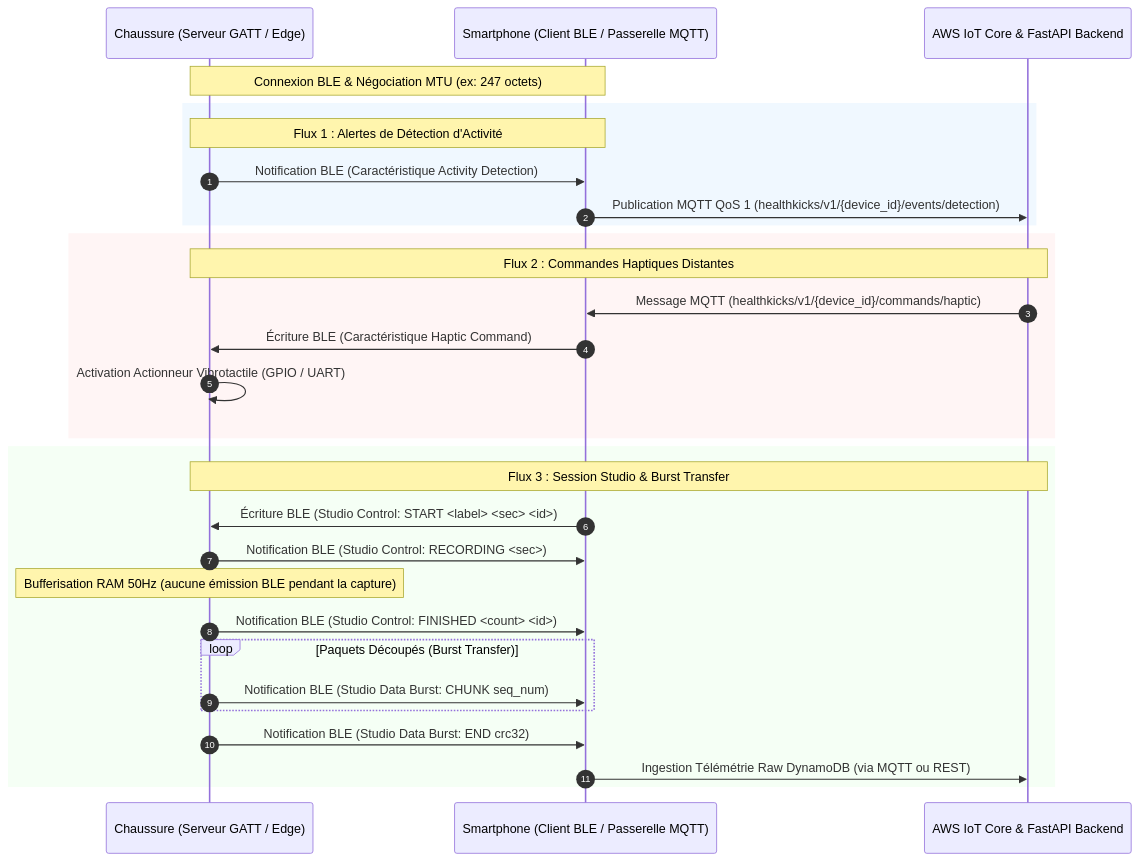
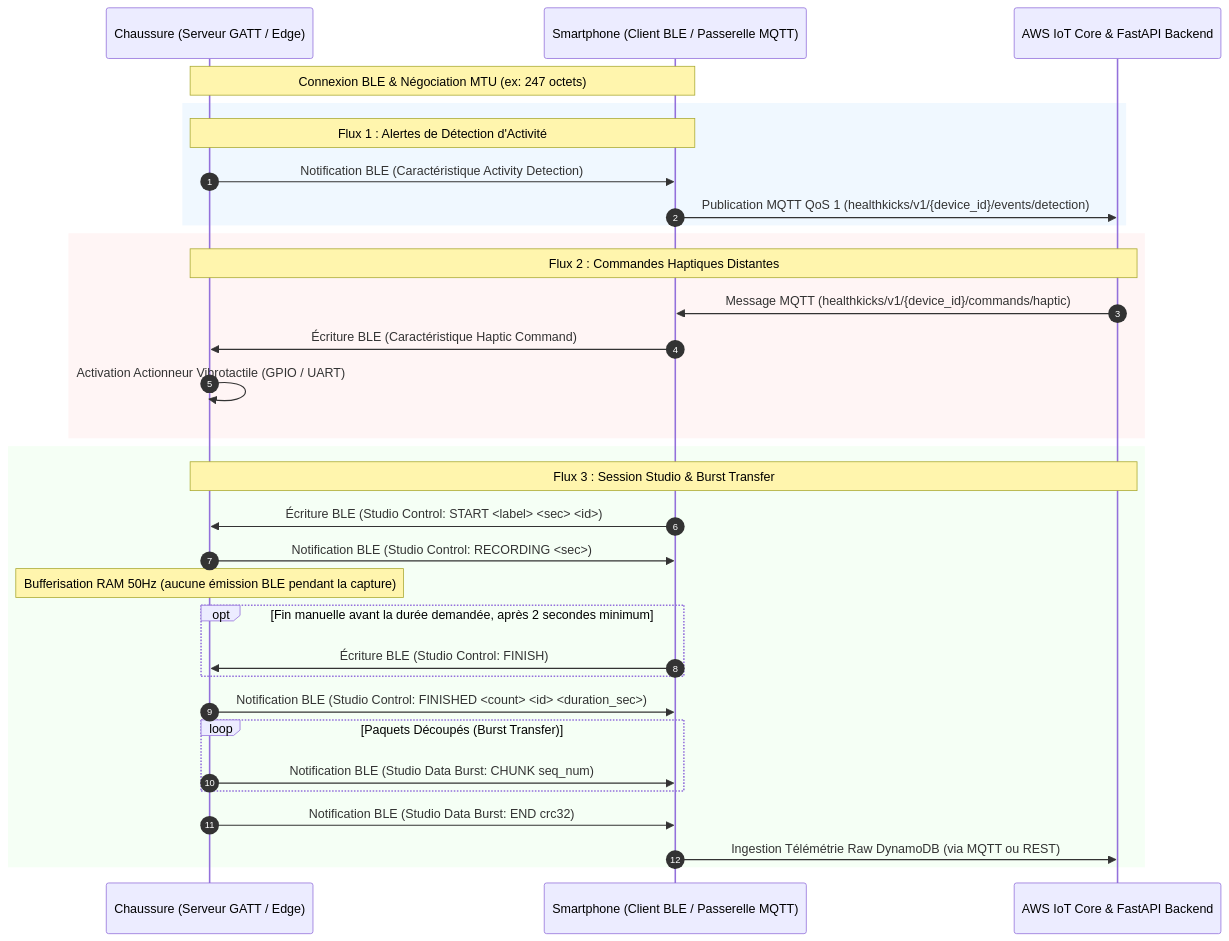
One commit to daverck/health-kicks-ecosystem changed the diagram in contracts/ble_gatt_specs.md. Above: the diagram before and after it, drawn with Mermaid. The commit also changed other lines of this file and 2 other files, not shown here.

First line of the commit message:
docs(studio): document early capture completion

````diff
--- a/contracts/ble_gatt_specs.md
+++ b/contracts/ble_gatt_specs.md
@@ -9,35 +9,38 @@
 ```mermaid
 sequenceDiagram
     autonumber
     participant Footwear as Chaussure (Serveur GATT / Edge)
     participant Mobile as Smartphone (Client BLE / Passerelle MQTT)
     participant Cloud as AWS IoT Core & FastAPI Backend
 
     Note over Footwear,Mobile: Connexion BLE & Négociation MTU (ex: 247 octets)
 
     rect rgb(240, 248, 255)
     Note over Footwear,Mobile: Flux 1 : Alertes de Détection d'Activité
     Footwear->>Mobile: Notification BLE (Caractéristique Activity Detection)
     Mobile->>Cloud: Publication MQTT QoS 1 (healthkicks/v1/{device_id}/events/detection)
     end
 
     rect rgb(255, 245, 245)
     Note over Cloud,Footwear: Flux 2 : Commandes Haptiques Distantes
     Cloud->>Mobile: Message MQTT (healthkicks/v1/{device_id}/commands/haptic)
     Mobile->>Footwear: Écriture BLE (Caractéristique Haptic Command)
     Footwear->>Footwear: Activation Actionneur Vibrotactile (GPIO / UART)
     end
 
     rect rgb(245, 255, 245)
     Note over Footwear,Cloud: Flux 3 : Session Studio & Burst Transfer
     Mobile->>Footwear: Écriture BLE (Studio Control: START <label> <sec> <id>)
     Footwear->>Mobile: Notification BLE (Studio Control: RECORDING <sec>)
     Note over Footwear: Bufferisation RAM 50Hz (aucune émission BLE pendant la capture)
-    Footwear->>Mobile: Notification BLE (Studio Control: FINISHED <count> <id>)
+    opt Fin manuelle avant la durée demandée, après 2 secondes minimum
+        Mobile->>Footwear: Écriture BLE (Studio Control: FINISH)
+    end
+    Footwear->>Mobile: Notification BLE (Studio Control: FINISHED <count> <id> <duration_sec>)
     loop Paquets Découpés (Burst Transfer)
         Footwear->>Mobile: Notification BLE (Studio Data Burst: CHUNK seq_num)
     end
     Footwear->>Mobile: Notification BLE (Studio Data Burst: END crc32)
     Mobile->>Cloud: Ingestion Télémétrie Raw DynamoDB (via MQTT ou REST)
     end
 ```
````
